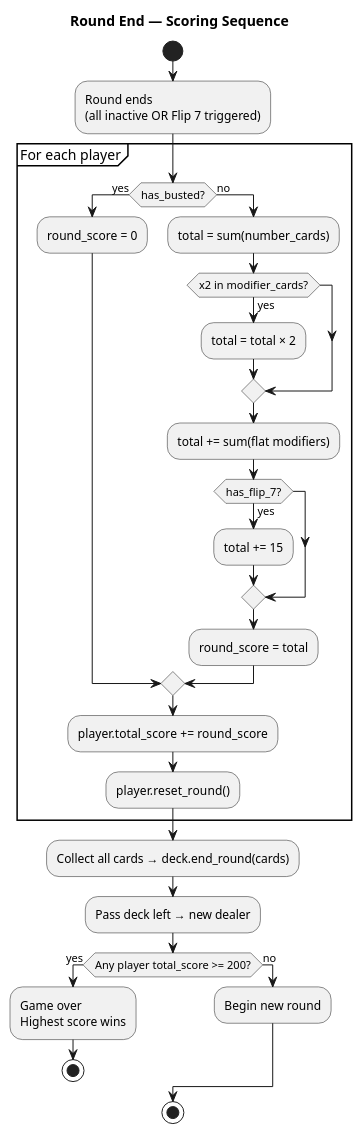
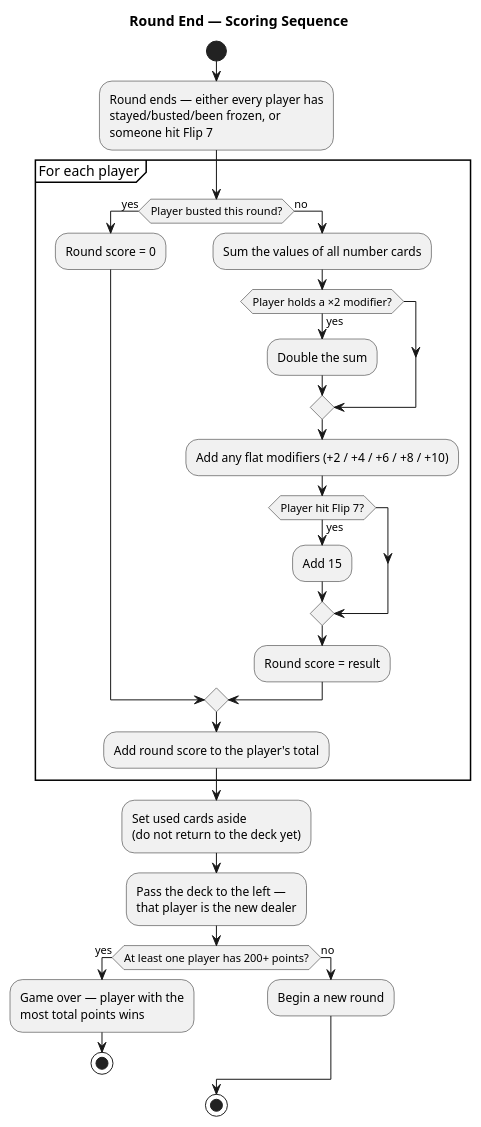
One commit to benhalladay08/flop7 changed the second of 2 diagrams in docs/rules.md. Above: the diagram before and after it, drawn with PlantUML. The commit also changed other lines of this file and 1 other file, not shown here.

````diff
--- a/docs/rules.md
+++ b/docs/rules.md
@@ -342,39 +327,38 @@
 ```plantuml
 @startuml
 title Round End — Scoring Sequence
 
 start
 
-:Round ends\n(all inactive OR Flip 7 triggered);
+:Round ends — either every player has\nstayed/busted/been frozen, or\nsomeone hit Flip 7;
 
 partition "For each player" {
-  if (has_busted?) then (yes)
-    :round_score = 0;
+  if (Player busted this round?) then (yes)
+    :Round score = 0;
   else (no)
-    :total = sum(number_cards);
-    if (x2 in modifier_cards?) then (yes)
-      :total = total × 2;
+    :Sum the values of all number cards;
+    if (Player holds a ×2 modifier?) then (yes)
+      :Double the sum;
     endif
-    :total += sum(flat modifiers);
-    if (has_flip_7?) then (yes)
-      :total += 15;
+    :Add any flat modifiers (+2 / +4 / +6 / +8 / +10);
+    if (Player hit Flip 7?) then (yes)
+      :Add 15;
     endif
-    :round_score = total;
+    :Round score = result;
   endif
-  :player.total_score += round_score;
-  :player.reset_round();
+  :Add round score to the player's total;
 }
 
-:Collect all cards → deck.end_round(cards);
-:Pass deck left → new dealer;
+:Set used cards aside\n(do not return to the deck yet);
+:Pass the deck to the left —\nthat player is the new dealer;
 
-if (Any player total_score >= 200?) then (yes)
-  :Game over\nHighest score wins;
+if (At least one player has 200+ points?) then (yes)
+  :Game over — player with the\nmost total points wins;
   stop
 else (no)
-  :Begin new round;
+  :Begin a new round;
 endif
 
 stop
 @enduml
 ```
````
